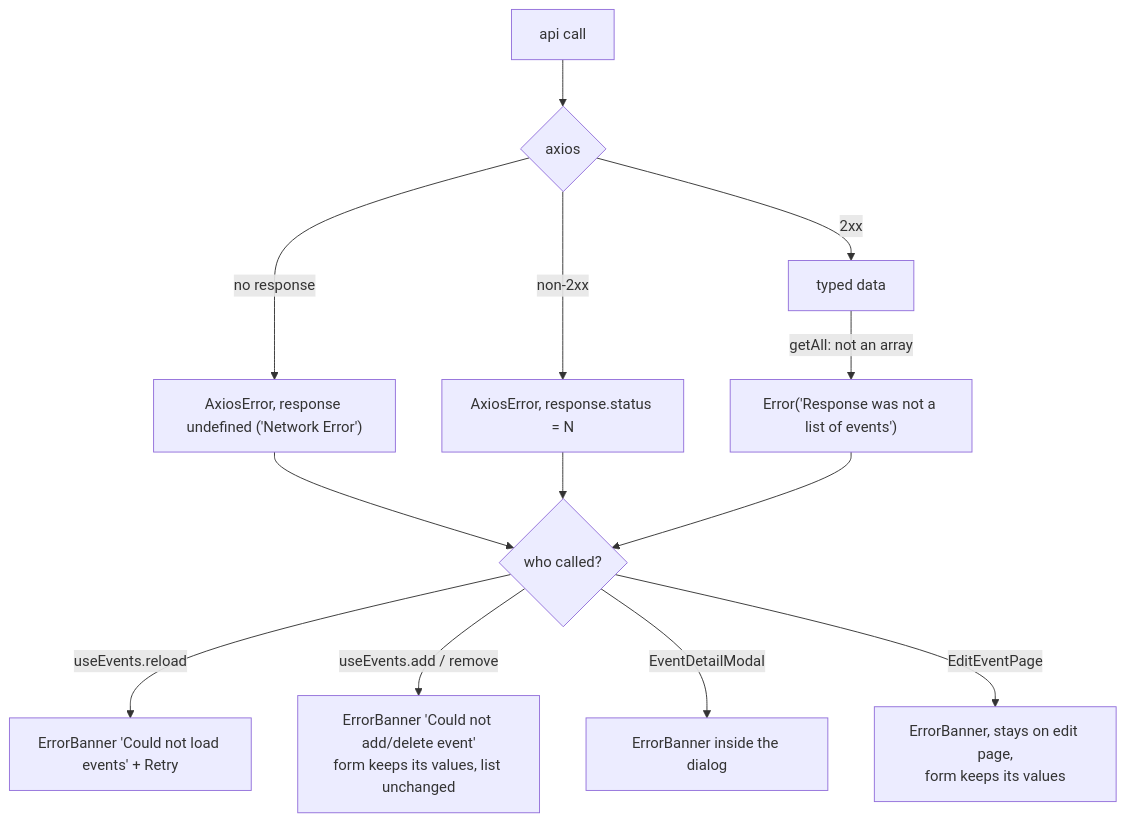
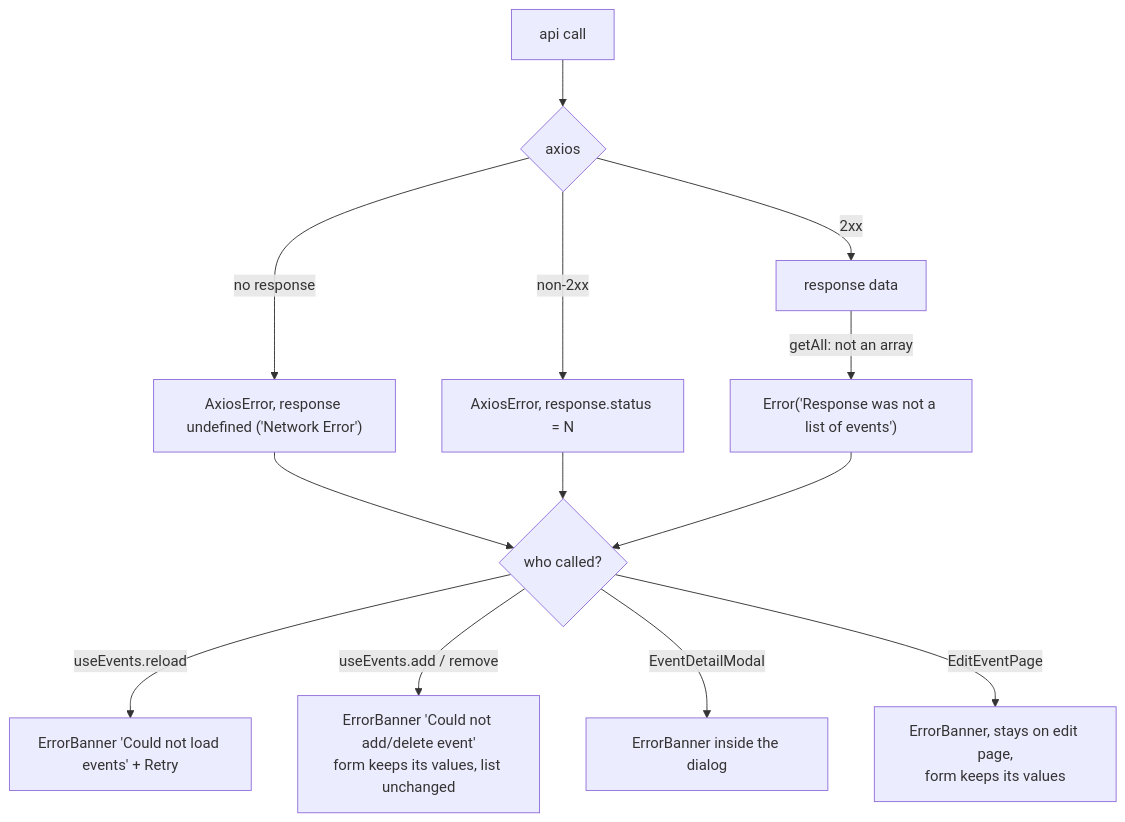
Before and after one commit to runningc1/events-app: the eighth of 9 diagrams in docs/architecture.md, drawn with Mermaid. The commit also changed other lines of this file and 48 other files, not shown here.

````diff
--- a/docs/architecture.md
+++ b/docs/architecture.md
@@ -176,14 +176,14 @@
 ```mermaid
 flowchart TB
   call[api call] --> axios{axios}
   axios -->|no response| net["AxiosError, response undefined ('Network Error')"]
   axios -->|non-2xx| http["AxiosError, response.status = N"]
-  axios -->|2xx| data[typed data]
+  axios -->|2xx| data[response data]
   data -->|getAll: not an array| bad["Error('Response was not a list of events')"]
 
   net & http & bad --> caller{who called?}
   caller -->|useEvents.reload| e1["ErrorBanner 'Could not load events' + Retry"]
   caller -->|useEvents.add / remove| e2["ErrorBanner 'Could not add/delete event'<br/>form keeps its values, list unchanged"]
   caller -->|EventDetailModal| e3["ErrorBanner inside the dialog"]
   caller -->|EditEventPage| e4["ErrorBanner, stays on edit page,<br/>form keeps its values"]
 ```
````
